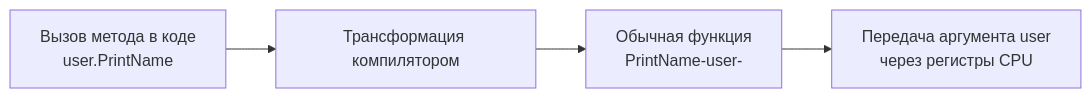
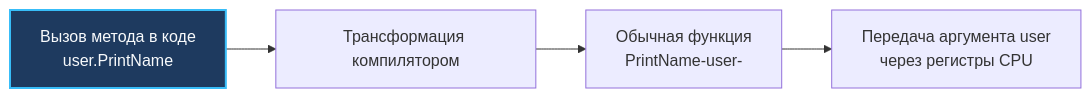
Before and after one commit to UnrealTemplier/go-textbook: the diagram in sources/5. Учебник по Go (Основы и синтаксис)/22. Методы. Value Receiver и Pointer Receiver.md, drawn with Mermaid. The commit also changed 1666 other files, not shown here.

First line of the commit message:
feat(mermaid): add semantic color classDef to 1369 colorless flowchart/graph diagrams

````diff
--- a/sources/5. Учебник по Go (Основы и синтаксис)/22. Методы. Value Receiver и Pointer Receiver.md
+++ b/sources/5. Учебник по Go (Основы и синтаксис)/22. Методы. Value Receiver и Pointer Receiver.md
@@ -32,6 +32,16 @@
 ```mermaid
 flowchart LR
-    Source["Вызов метода в коде<br>user.PrintName"] --> Compiler["Трансформация компилятором"]
+    classDef process  fill:#1e293b,stroke:#38bdf8,stroke-width:1px,color:#f8fafc
+    classDef success  fill:#064e3b,stroke:#34d399,stroke-width:1px,color:#f8fafc
+    classDef error    fill:#7f1d1d,stroke:#f87171,stroke-width:1px,color:#f8fafc
+    classDef warning  fill:#78350f,stroke:#fbbf24,stroke-width:1px,color:#f8fafc
+    classDef entry    fill:#1e3a5f,stroke:#38bdf8,stroke-width:2px,color:#f8fafc
+    classDef aux      fill:#334155,stroke:#64748b,stroke-width:1px,color:#f8fafc
+    classDef system   fill:#312e81,stroke:#a78bfa,stroke-width:1px,color:#f8fafc
+    classDef data     fill:#132d29,stroke:#2dd4bf,stroke-width:1px,color:#f8fafc
+    classDef network  fill:#881337,stroke:#fb7185,stroke-width:1px,color:#f8fafc
+    classDef accent   fill:#1e1b4b,stroke:#818cf8,stroke-width:1px,color:#f8fafc
+    Source["Вызов метода в коде<br>user.PrintName"]:::entry --> Compiler["Трансформация компилятором"]
     Compiler --> Func["Обычная функция<br>PrintName-user-"]
     Func --> ABI["Передача аргумента user<br>через регистры CPU"]
 ```
````
